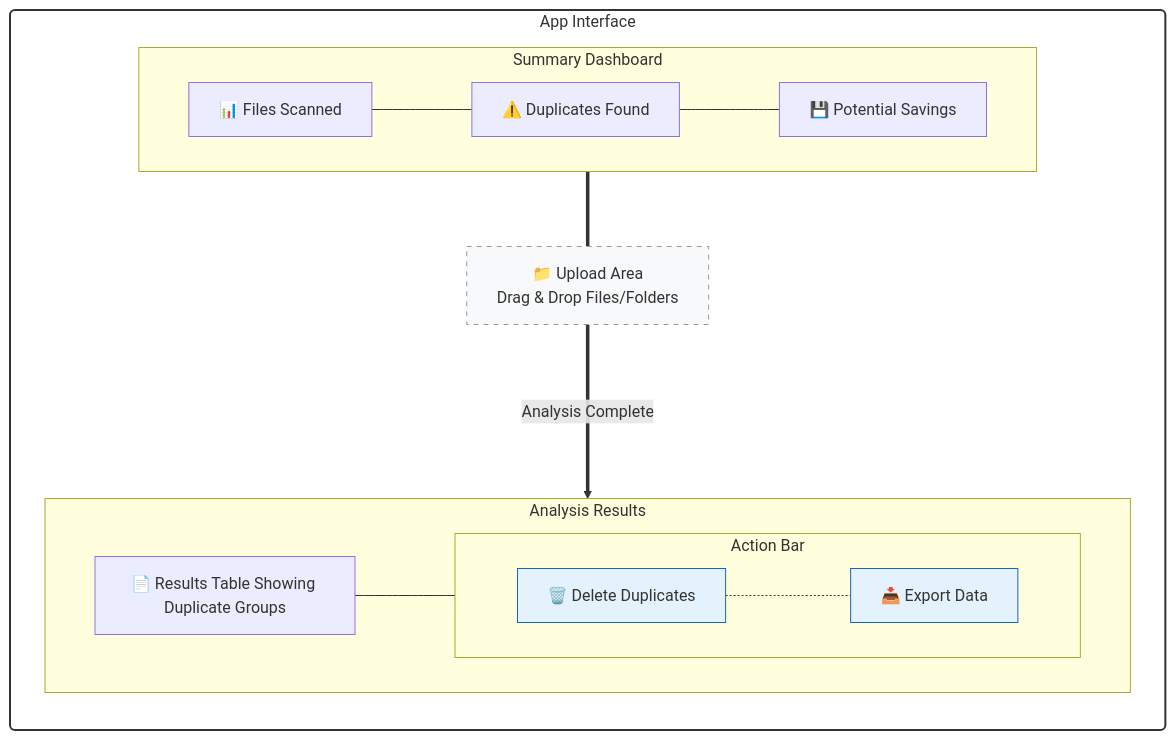
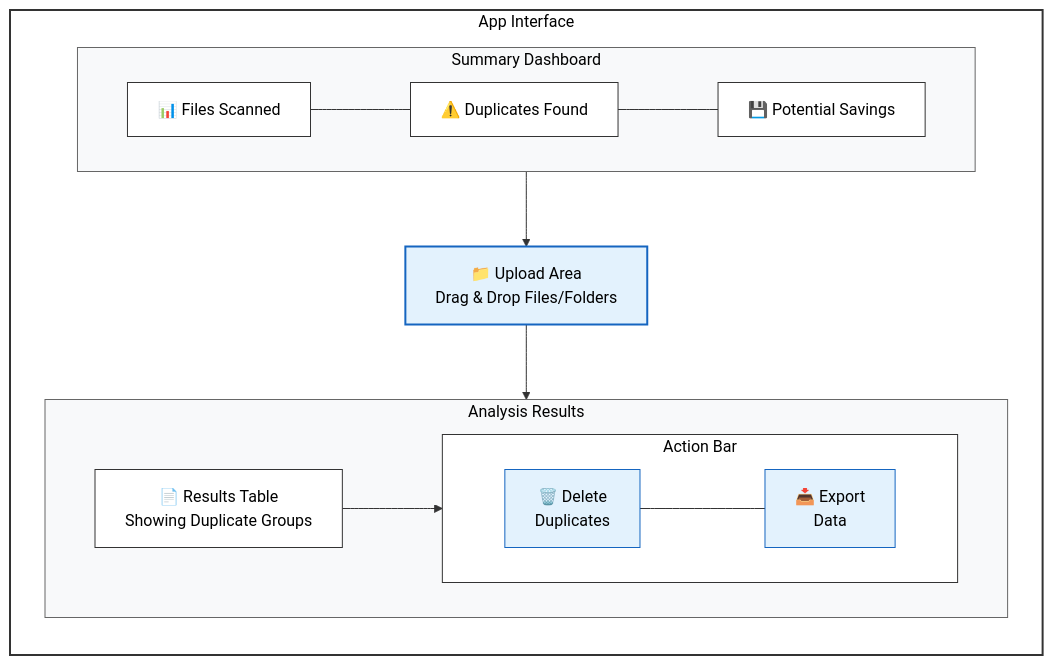
The third of 5 diagrams in README.md (VSaini11/Duplicate-File-Finder---Web-app), drawn with Mermaid before and after one commit. The commit also changed other lines of this file, not shown here.

````diff
--- a/README.md
+++ b/README.md
@@ -174,36 +191,43 @@
 ```mermaid
-graph TB
-    subgraph UI [App Interface]
+flowchart TB
+    subgraph UI["App Interface"]
         direction TB
         
-        %% Top Section: Stats
-        subgraph HEADER [Summary Dashboard]
-            S1[📊 Files Scanned] --- S2[⚠️ Duplicates Found] --- S3[💾 Potential Savings]
+        subgraph HEADER["Summary Dashboard"]
+            S1["📊 Files Scanned"]
+            S2["⚠️ Duplicates Found"]
+            S3["💾 Potential Savings"]
+            S1 --- S2 --- S3
         end
         
-        %% Middle Section: Upload
-        UPLOAD[📁 Upload Area\nDrag & Drop Files/Folders]
+        UPLOAD["📁 Upload Area<br/>Drag & Drop Files/Folders"]
         
-        %% Bottom Section: Results
-        subgraph RESULTS [Analysis Results]
-            TABLE[📄 Results Table Showing Duplicate Groups]
+        subgraph RESULTS["Analysis Results"]
+            TABLE["📄 Results Table<br/>Showing Duplicate Groups"]
             
-            subgraph ACTIONS [Action Bar]
-                DEL[🗑️ Delete Duplicates] -.- EXP[📥 Export Data]
+            subgraph ACTIONS["Action Bar"]
+                DEL["🗑️ Delete<br/>Duplicates"]
+                EXP["📥 Export<br/>Data"]
+                DEL --- EXP
             end
+            
+            TABLE --> ACTIONS
         end
 
-        HEADER === UPLOAD
-        UPLOAD ===>|Analysis Complete| RESULTS
-        TABLE --- ACTIONS
+        HEADER --> UPLOAD
+        UPLOAD --> RESULTS
     end
 
-    %% Styling for wireframe look
-    classDef container fill:#fff,stroke:#333,stroke-width:2px,rx:5px
-    classDef area fill:#f8f9fa,stroke:#999,stroke-width:1px,stroke-dasharray: 5 5
-    classDef actionable fill:#e3f2fd,stroke:#1565c0,stroke-width:1px
-    
-    class UI container
-    class UPLOAD area
-    class DEL,EXP actionable
+    %% Styling
+    style UI fill:#ffffff,stroke:#333333,stroke-width:2px,color:#000000
+    style HEADER fill:#f8f9fa,stroke:#666666,stroke-width:1px,color:#000000
+    style UPLOAD fill:#e3f2fd,stroke:#1565c0,stroke-width:2px,color:#000000
+    style RESULTS fill:#f8f9fa,stroke:#666666,stroke-width:1px,color:#000000
+    style ACTIONS fill:#ffffff,stroke:#333333,stroke-width:1px,color:#000000
+    style S1 fill:#ffffff,stroke:#333333,stroke-width:1px,color:#000000
+    style S2 fill:#ffffff,stroke:#333333,stroke-width:1px,color:#000000
+    style S3 fill:#ffffff,stroke:#333333,stroke-width:1px,color:#000000
+    style TABLE fill:#ffffff,stroke:#333333,stroke-width:1px,color:#000000
+    style DEL fill:#e3f2fd,stroke:#1565c0,stroke-width:1px,color:#000000
+    style EXP fill:#e3f2fd,stroke:#1565c0,stroke-width:1px,color:#000000
 ```
````
